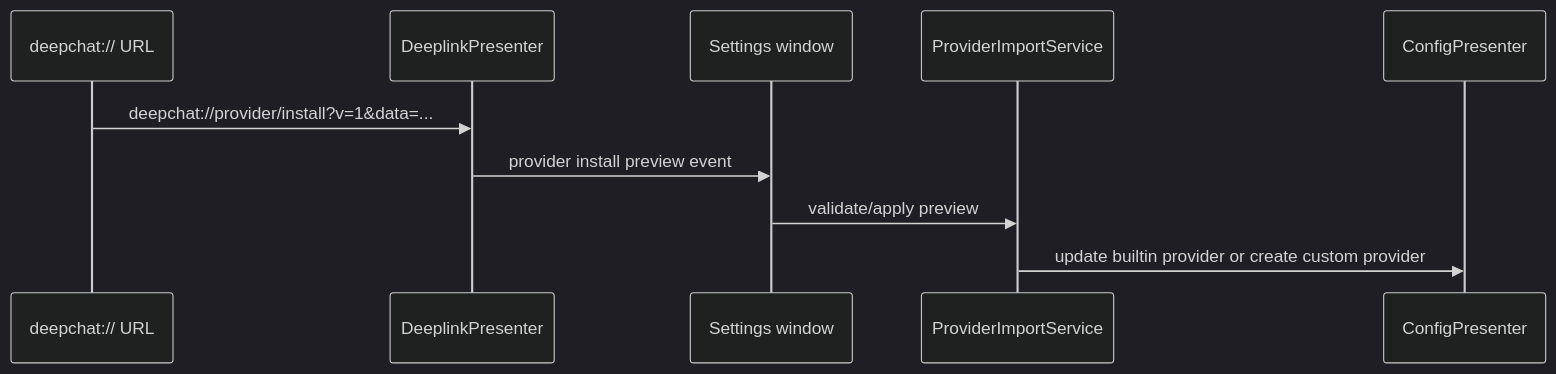
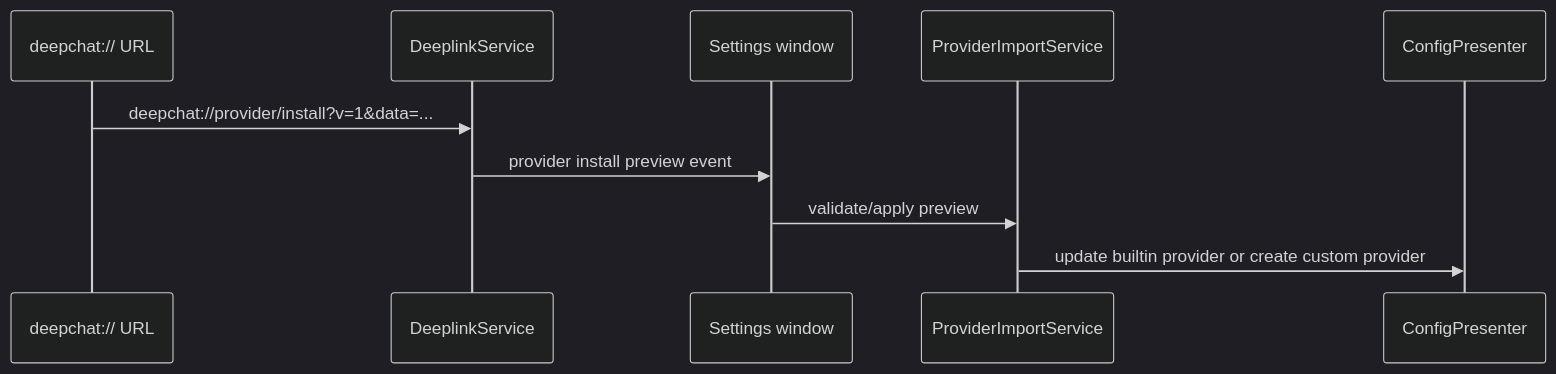
Before and after one commit to ThinkInAIXYZ/deepchat: the seventh of 9 diagrams in docs/FLOWS.md, drawn with Mermaid (dark theme). The commit also changed 11 other files, not shown here.

Commit message:
refactor(deeplink): replace presenter boundary

````diff
--- a/docs/FLOWS.md
+++ b/docs/FLOWS.md
@@ -208,13 +208,13 @@
 ```mermaid
 sequenceDiagram
     participant OS as deepchat:// URL
-    participant D as DeeplinkPresenter
+    participant D as DeeplinkService
     participant W as Settings window
     participant P as ProviderImportService
     participant C as ConfigPresenter
 
     OS->>D: deepchat://provider/install?v=1&data=...
     D->>W: provider install preview event
     W->>P: validate/apply preview
     P->>C: update builtin provider or create custom provider
 ```
````
